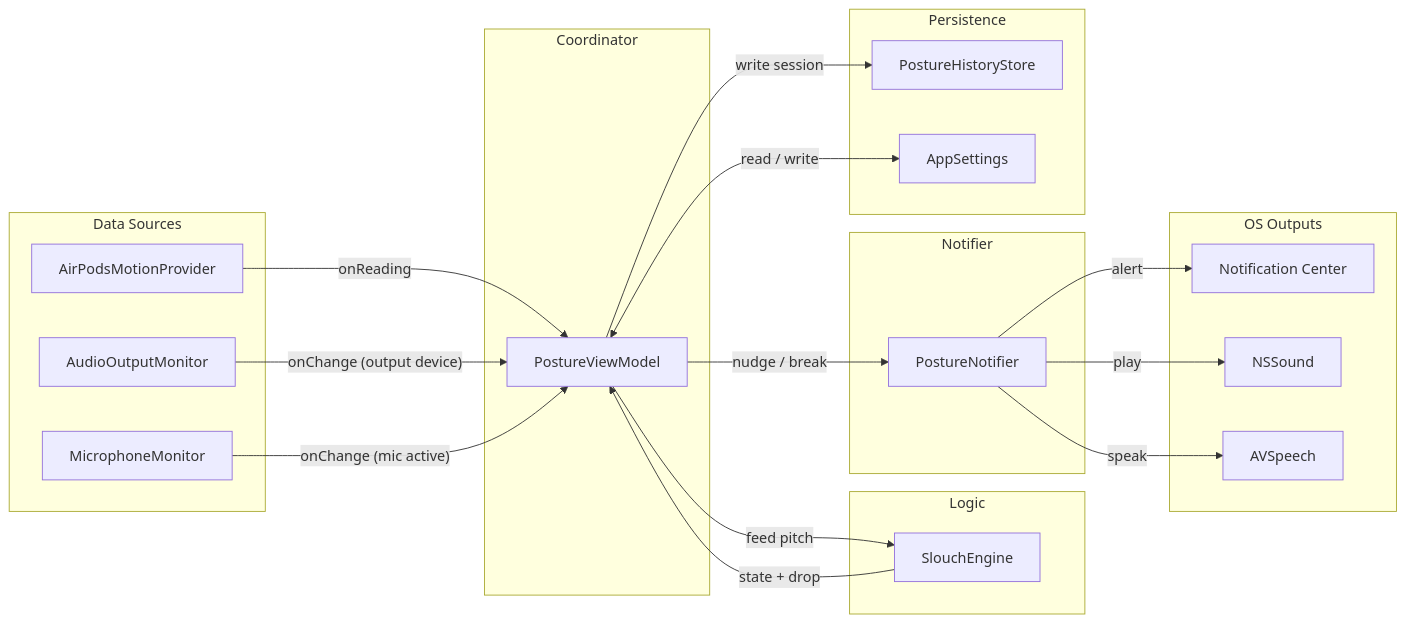
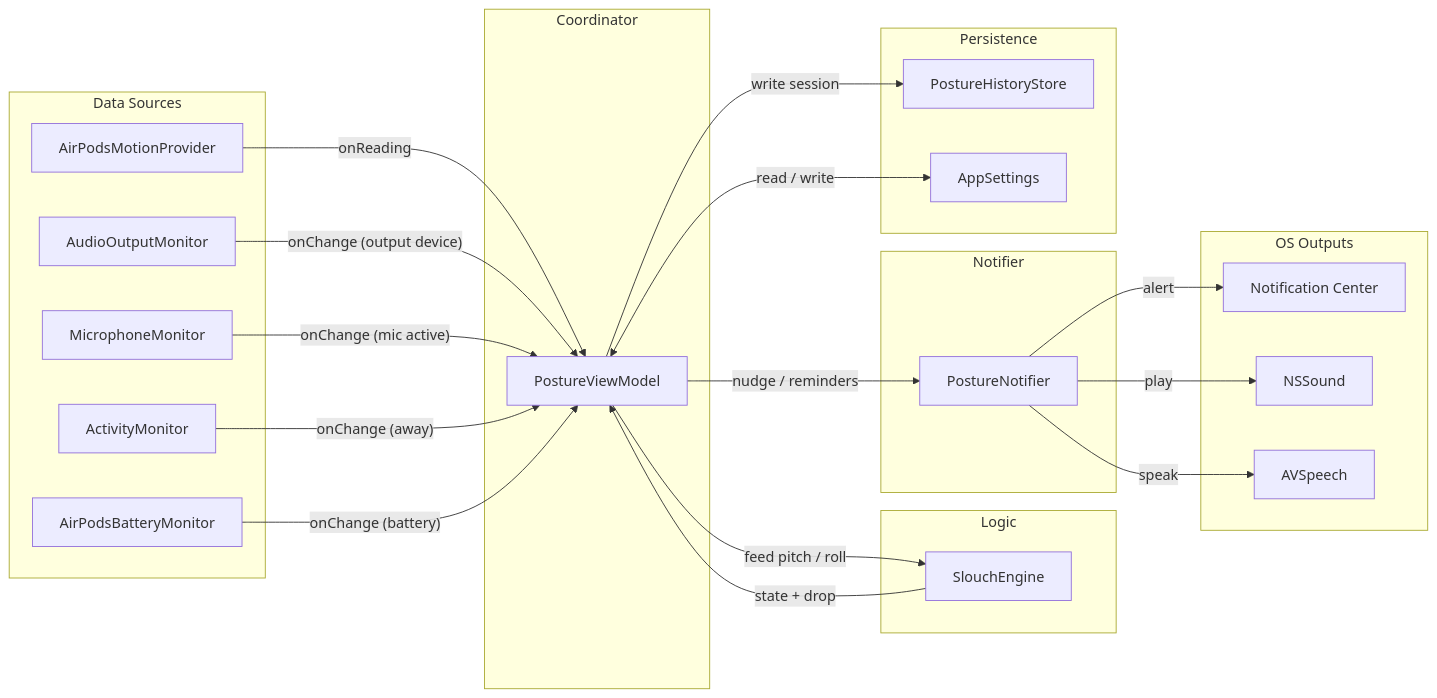
Before and after one commit to navaneethbv/NoSlouch: the diagram in README.md, drawn with Mermaid. The commit also changed other lines of this file and 1 other file, not shown here.

````diff
--- a/README.md
+++ b/README.md
@@ -46,38 +54,42 @@
 ```mermaid
 flowchart LR
     subgraph inputs ["Data Sources"]
         AMP["AirPodsMotionProvider"]
         AOM["AudioOutputMonitor"]
         MIC["MicrophoneMonitor"]
+        ACT["ActivityMonitor"]
+        BAT["AirPodsBatteryMonitor"]
     end
     subgraph core ["Coordinator"]
         PVM["PostureViewModel"]
     end
     subgraph logic ["Logic"]
         PA["SlouchEngine"]
     end
     subgraph output ["Notifier"]
         PN["PostureNotifier"]
     end
     subgraph persistence ["Persistence"]
         PHS["PostureHistoryStore"]
         AS["AppSettings"]
     end
     subgraph os ["OS Outputs"]
         NC["Notification Center"]
         NS["NSSound"]
         AVS["AVSpeech"]
     end
 
     AMP -->|"onReading"| PVM
     AOM -->|"onChange (output device)"| PVM
     MIC -->|"onChange (mic active)"| PVM
-    PVM -->|"feed pitch"| PA
+    ACT -->|"onChange (away)"| PVM
+    BAT -->|"onChange (battery)"| PVM
+    PVM -->|"feed pitch / roll"| PA
     PA -->|"state + drop"| PVM
-    PVM -->|"nudge / break"| PN
+    PVM -->|"nudge / reminders"| PN
     PVM -->|"write session"| PHS
     PVM <-->|"read / write"| AS
     PN -->|"alert"| NC
     PN -->|"play"| NS
     PN -->|"speak"| AVS
 ```
````
